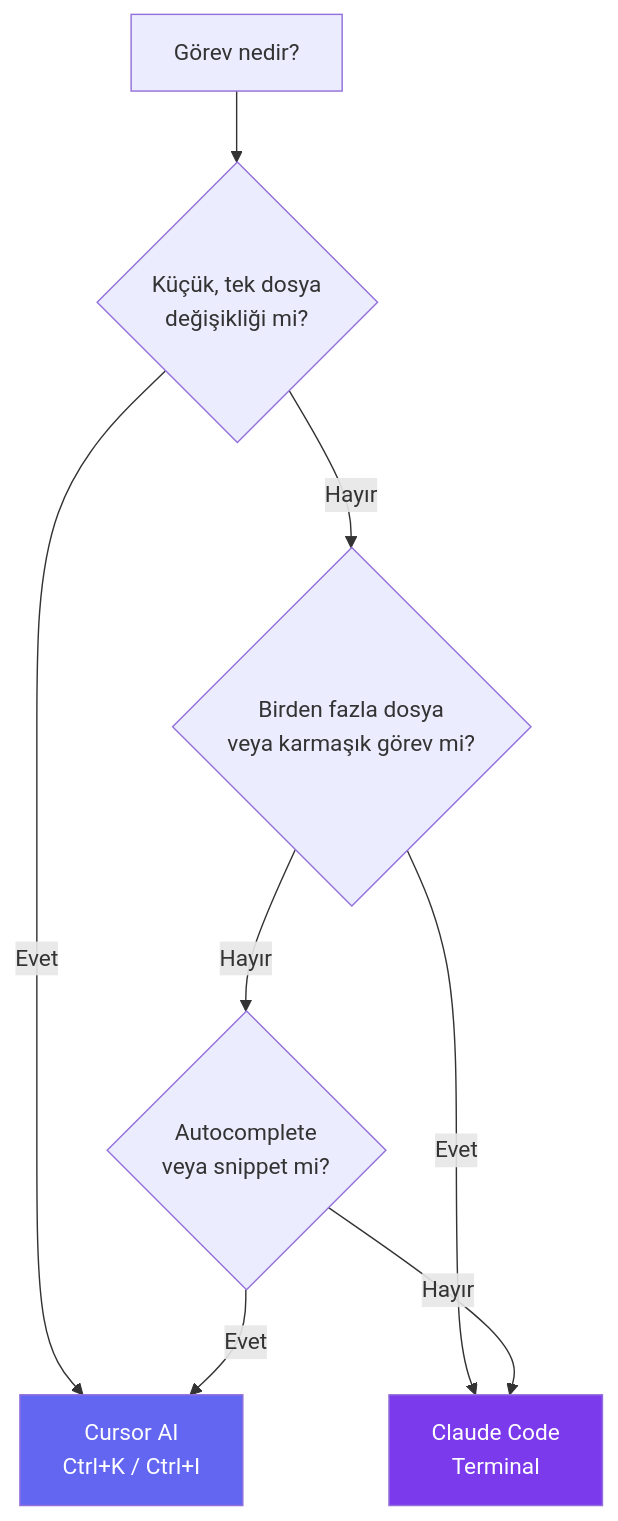
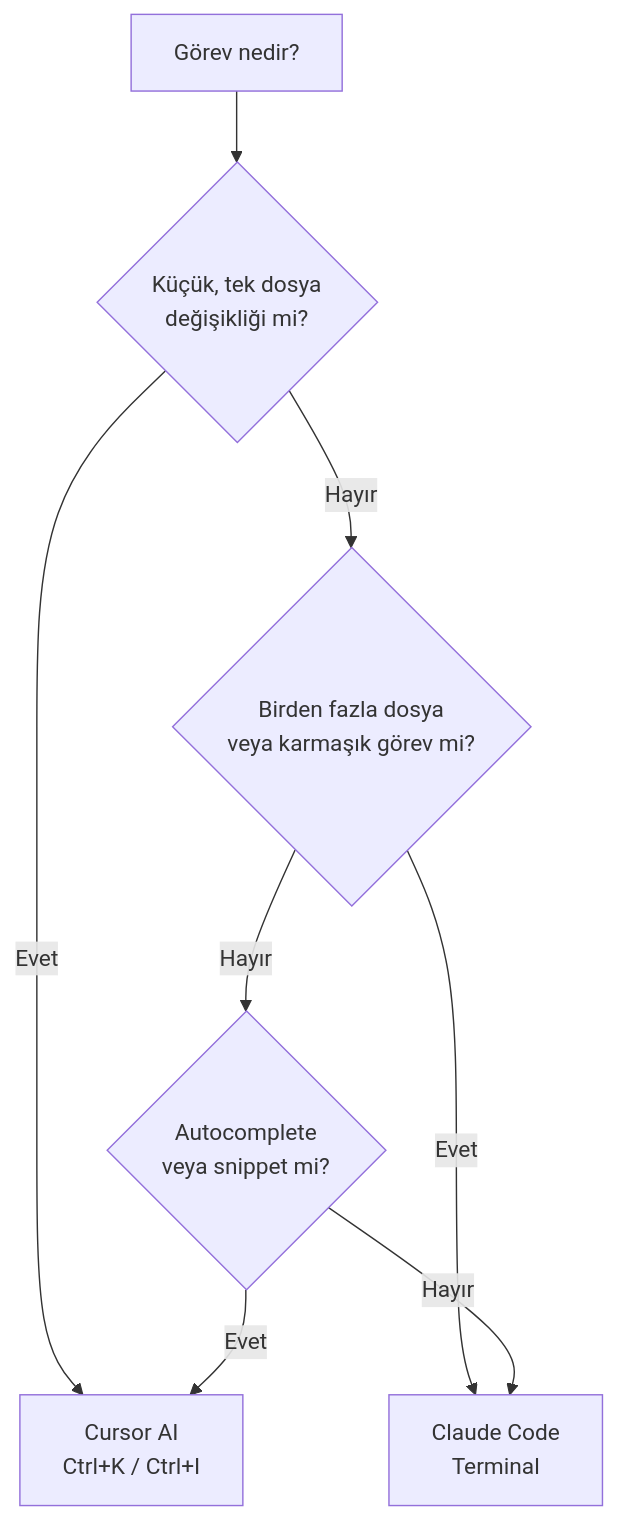
The third of 4 diagrams in 15-entegrasyonlar/03-cursor-ide-kullanimi.md (IzzetYasinAtes/ClaudeCodeHandbook), drawn with Mermaid before and after one commit. The commit also changed other lines of this file and 97 other files, not shown here.

Commit message:
Remove all custom Mermaid style/fill colors from 98 markdown files for consistent dark theme rendering

````diff
--- a/15-entegrasyonlar/03-cursor-ide-kullanimi.md
+++ b/15-entegrasyonlar/03-cursor-ide-kullanimi.md
@@ -154,14 +147,12 @@
 ```mermaid
 flowchart TB
     Q["Görev nedir?"]
     Q --> A{"Küçük, tek dosya<br/>değişikliği mi?"}
     A -->|Evet| CA["Cursor AI<br/>Ctrl+K / Ctrl+I"]
     A -->|Hayır| B{"Birden fazla dosya<br/>veya karmaşık görev mi?"}
     B -->|Evet| CC["Claude Code<br/>Terminal"]
     B -->|Hayır| C{"Autocomplete<br/>veya snippet mi?"}
     C -->|Evet| CA
     C -->|Hayır| CC
 
-    style CA fill:#6366F1,color:#fff
-    style CC fill:#7C3AED,color:#fff
 ```
````
